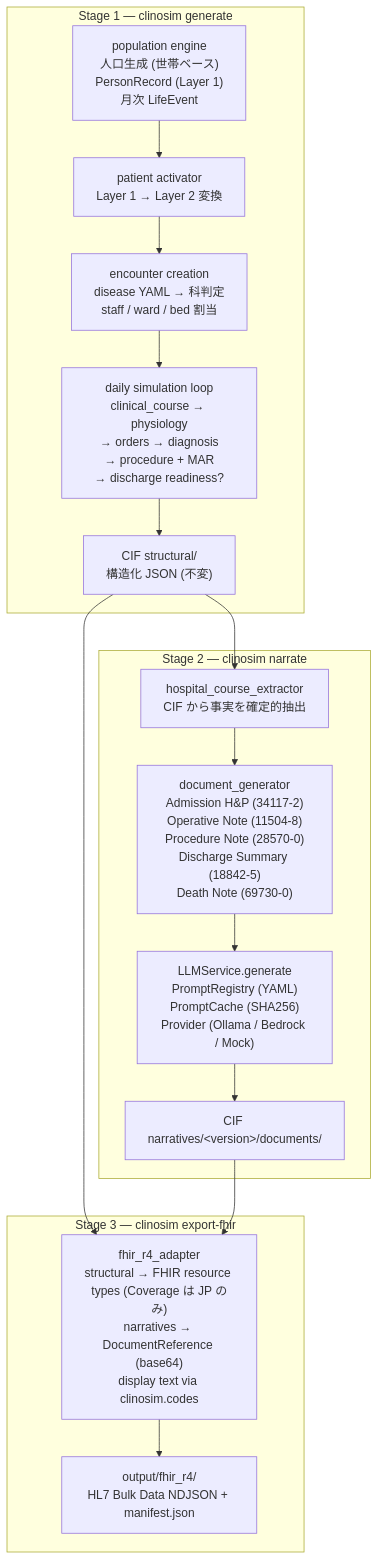
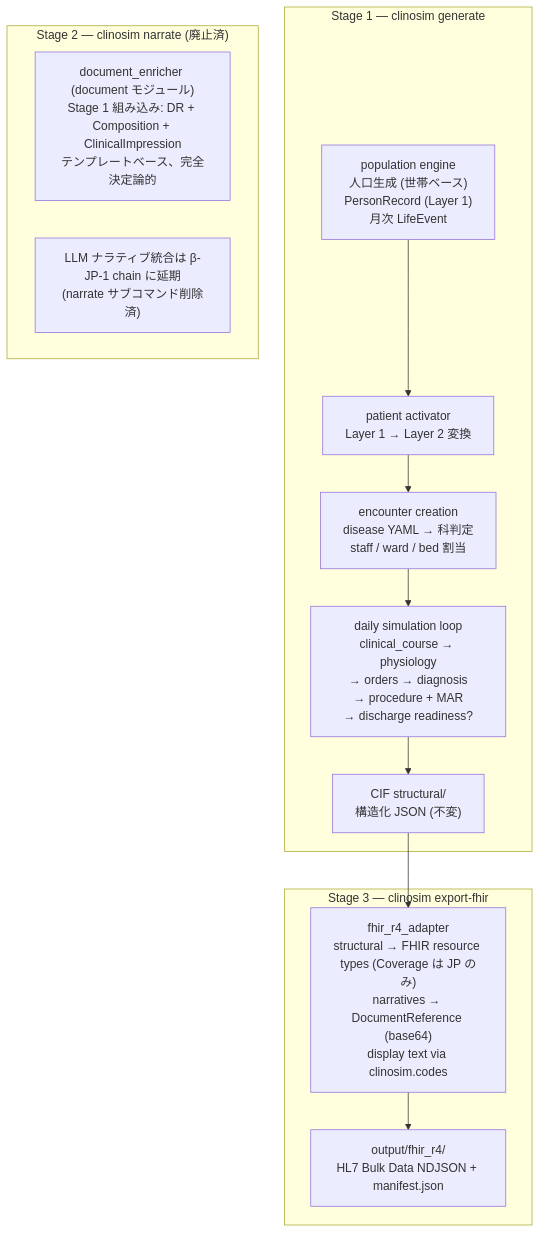
The first of 2 diagrams in README.ja.md (TomoOkuyama/clinosim), drawn with Mermaid before and after one commit. The commit also changed other lines of this file and 12 other files, not shown here.

````diff
--- a/README.ja.md
+++ b/README.ja.md
@@ -343,29 +346,24 @@
 ```mermaid
 flowchart TD
     subgraph stage1["Stage 1 — clinosim generate"]
         pop["population engine<br/>人口生成 (世帯ベース)<br/>PersonRecord (Layer 1)<br/>月次 LifeEvent"]
         act["patient activator<br/>Layer 1 → Layer 2 変換"]
         enc["encounter creation<br/>disease YAML → 科判定<br/>staff / ward / bed 割当"]
         loop["daily simulation loop<br/>clinical_course → physiology<br/>→ orders → diagnosis<br/>→ procedure + MAR<br/>→ discharge readiness?"]
         cif_s["CIF structural/<br/>構造化 JSON (不変)"]
         pop --> act --> enc --> loop --> cif_s
     end
 
-    subgraph stage2["Stage 2 — clinosim narrate"]
-        ext["hospital_course_extractor<br/>CIF から事実を確定的抽出"]
-        gen["document_generator<br/>Admission H&P (34117-2)<br/>Operative Note (11504-8)<br/>Procedure Note (28570-0)<br/>Discharge Summary (18842-5)<br/>Death Note (69730-0)"]
-        llm["LLMService.generate<br/>PromptRegistry (YAML)<br/>PromptCache (SHA256)<br/>Provider (Ollama / Bedrock / Mock)"]
-        cif_n["CIF narratives/&lt;version&gt;/documents/"]
-        ext --> gen --> llm --> cif_n
+    subgraph stage2["Stage 2 — clinosim narrate (廃止済)"]
+        gen2["document_enricher (document モジュール)<br/>Stage 1 組み込み: DR + Composition + ClinicalImpression<br/>テンプレートベース、完全決定論的"]
+        llm2["LLM ナラティブ統合は β-JP-1 chain に延期<br/>(narrate サブコマンド削除済)"]
     end
 
     subgraph stage3["Stage 3 — clinosim export-fhir"]
         adapter["fhir_r4_adapter<br/>structural → FHIR resource types (Coverage は JP のみ)<br/>narratives → DocumentReference (base64)<br/>display text via clinosim.codes"]
         fhir["output/fhir_r4/<br/>HL7 Bulk Data NDJSON + manifest.json"]
         adapter --> fhir
     end
 
-    cif_s --> ext
     cif_s --> adapter
-    cif_n --> adapter
 ```
````
